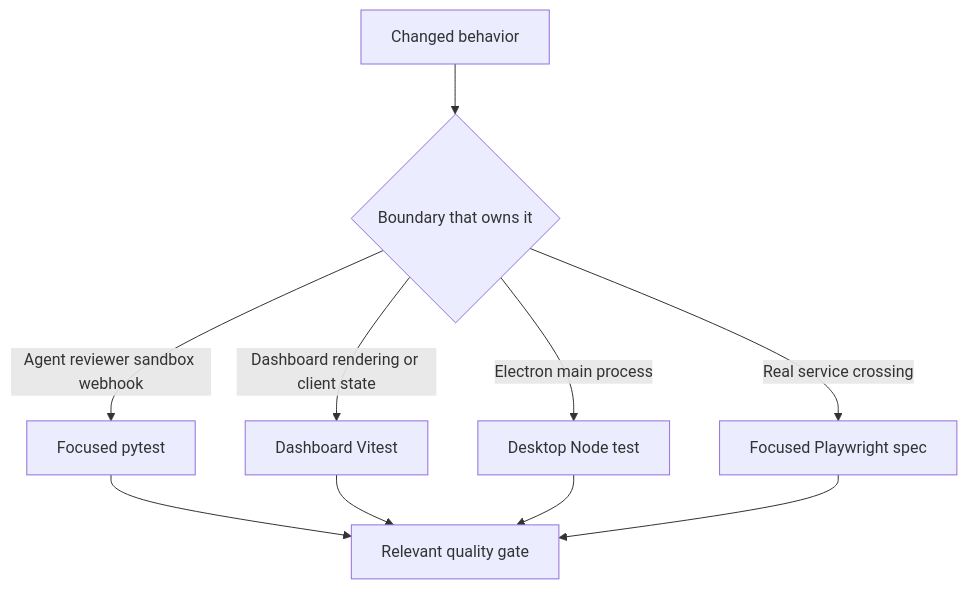
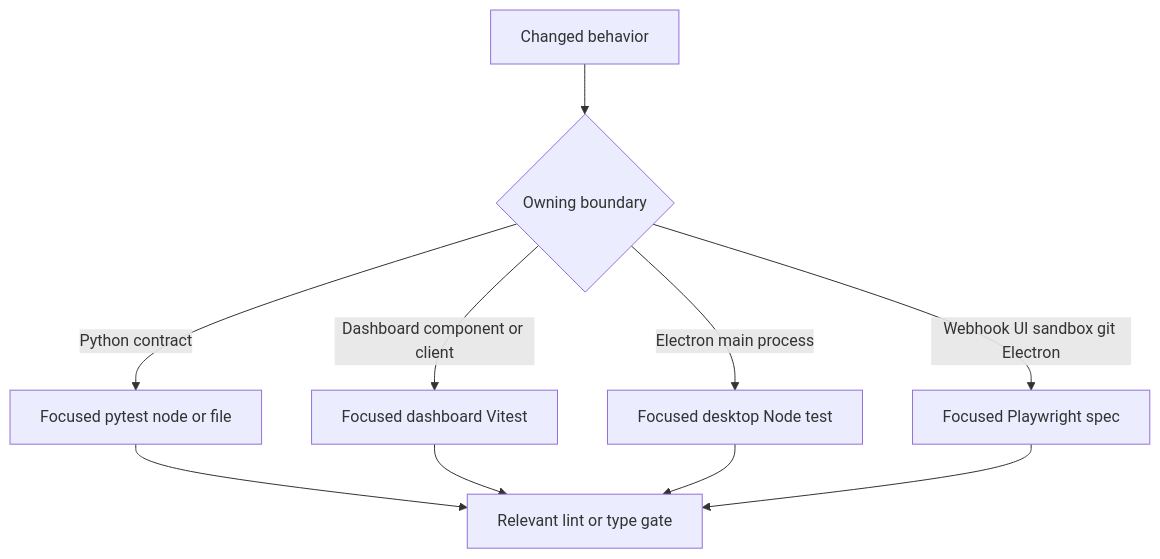
The first of 2 diagrams in openwiki/testing/overview.md (langchain-ai/open-swe), drawn with Mermaid before and after one commit. The commit also changed other lines of this file and 51 other files, not shown here.

````diff
--- a/openwiki/testing/overview.md
+++ b/openwiki/testing/overview.md
@@ -63,12 +65,12 @@
 ```mermaid
 flowchart TD
-    Change["Changed behavior"] --> Owner{"Boundary that owns it"}
-    Owner -->|"Agent reviewer sandbox webhook"| Pytest["Focused pytest"]
-    Owner -->|"Dashboard rendering or client state"| Vitest["Dashboard Vitest"]
-    Owner -->|"Electron main process"| Node["Desktop Node test"]
-    Owner -->|"Real service crossing"| Playwright["Focused Playwright spec"]
-    Pytest --> Gates["Relevant quality gate"]
+    Change["Changed behavior"] --> Boundary{"Owning boundary"}
+    Boundary -->|"Python contract"| Pytest["Focused pytest node or file"]
+    Boundary -->|"Dashboard component or client"| Vitest["Focused dashboard Vitest"]
+    Boundary -->|"Electron main process"| NodeTest["Focused desktop Node test"]
+    Boundary -->|"Webhook UI sandbox git Electron"| E2E["Focused Playwright spec"]
+    Pytest --> Gates["Relevant lint or type gate"]
     Vitest --> Gates
-    Node --> Gates
-    Playwright --> Gates
+    NodeTest --> Gates
+    E2E --> Gates
 ```
````
